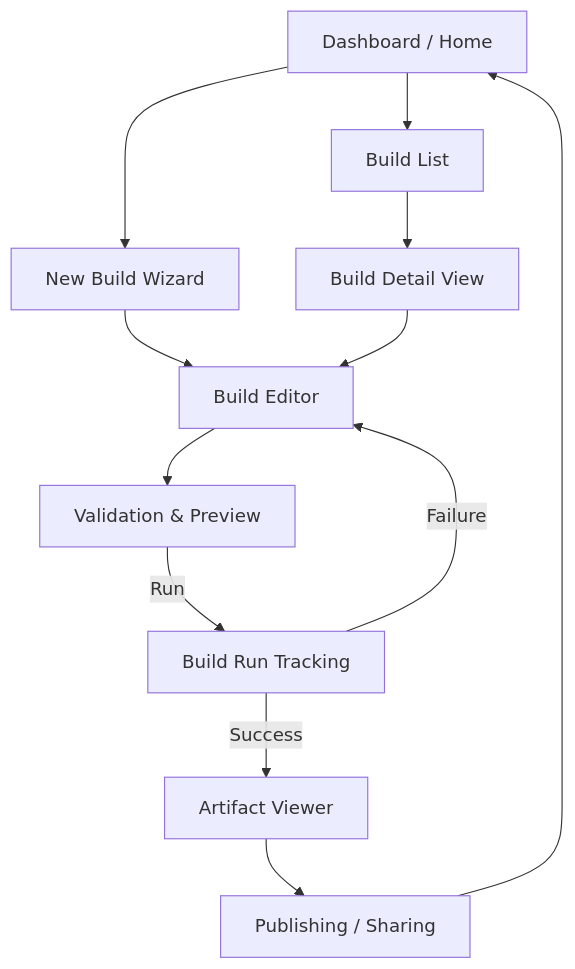
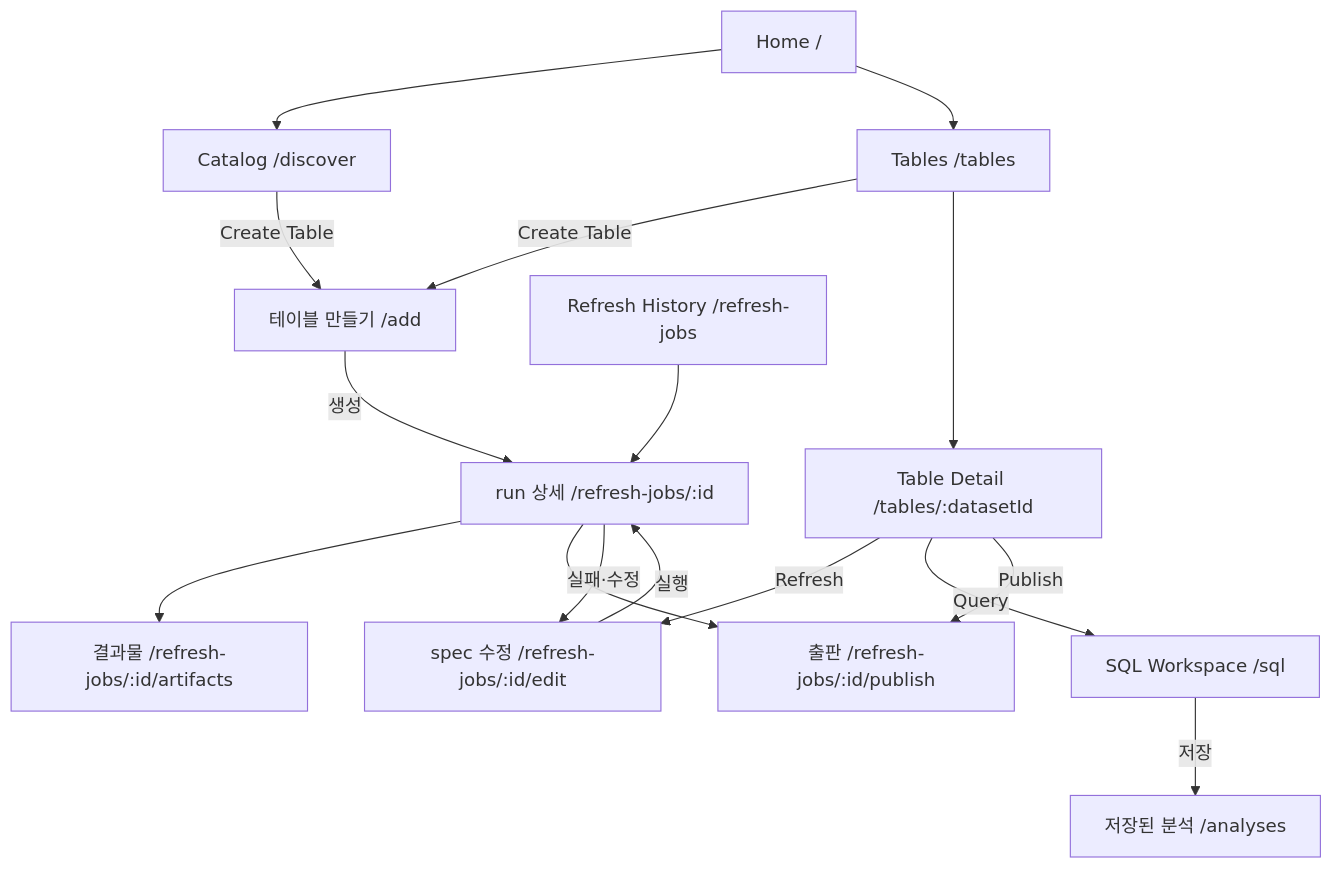
One commit to kpubdata-lab/kpubdata-studio changed the first of 2 diagrams in INFORMATION_ARCHITECTURE.md. Above: the diagram before and after it, drawn with Mermaid. The commit also changed other lines of this file and 9 other files, not shown here.

````diff
--- a/INFORMATION_ARCHITECTURE.md
+++ b/INFORMATION_ARCHITECTURE.md
@@ -51,18 +55,18 @@
 ```mermaid
 graph TD
-    Dashboard[Dashboard / Home] --> BuildList[Build List]
-    Dashboard --> NewBuild[New Build Wizard]
-    
-    BuildList --> BuildDetail[Build Detail View]
-    NewBuild --> Editor[Build Editor]
-    
-    BuildDetail --> Editor
-    Editor --> Preview[Validation & Preview]
-    
-    Preview -->|Run| RunTracking[Build Run Tracking]
-    RunTracking -->|Success| Artifacts[Artifact Viewer]
-    RunTracking -->|Failure| Editor
-    
-    Artifacts --> Publishing[Publishing / Sharing]
-    Publishing --> Dashboard
+    Home[Home /] --> Catalog[Catalog /discover]
+    Home --> Tables[Tables /tables]
+    Catalog -->|Create Table| Add[테이블 만들기 /add]
+    Tables -->|Create Table| Add
+    Add -->|생성| Run[run 상세 /refresh-jobs/:id]
+    Tables --> Detail[Table Detail /tables/:datasetId]
+    Detail -->|Refresh| Edit[spec 수정 /refresh-jobs/:id/edit]
+    Detail -->|Query| Sql[SQL Workspace /sql]
+    Detail -->|Publish| Publish[출판 /refresh-jobs/:id/publish]
+    Edit -->|실행| Run
+    History[Refresh History /refresh-jobs] --> Run
+    Run --> Artifacts[결과물 /refresh-jobs/:id/artifacts]
+    Run --> Publish
+    Run -->|실패·수정| Edit
+    Sql -->|저장| Analyses[저장된 분석 /analyses]
 ```
````
